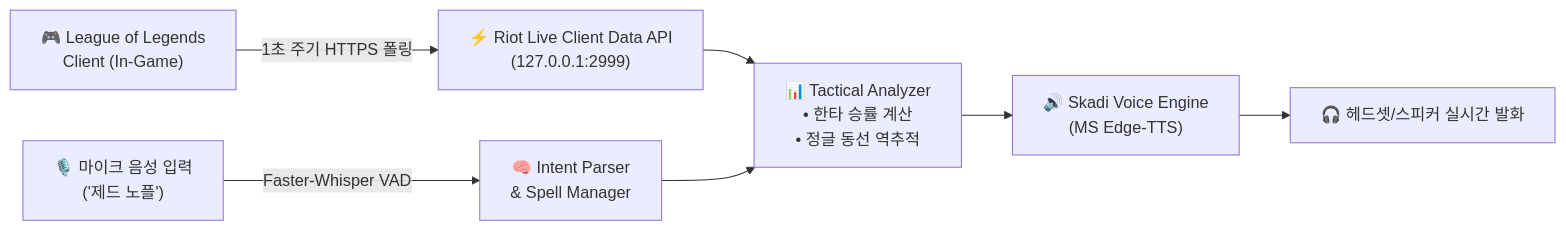
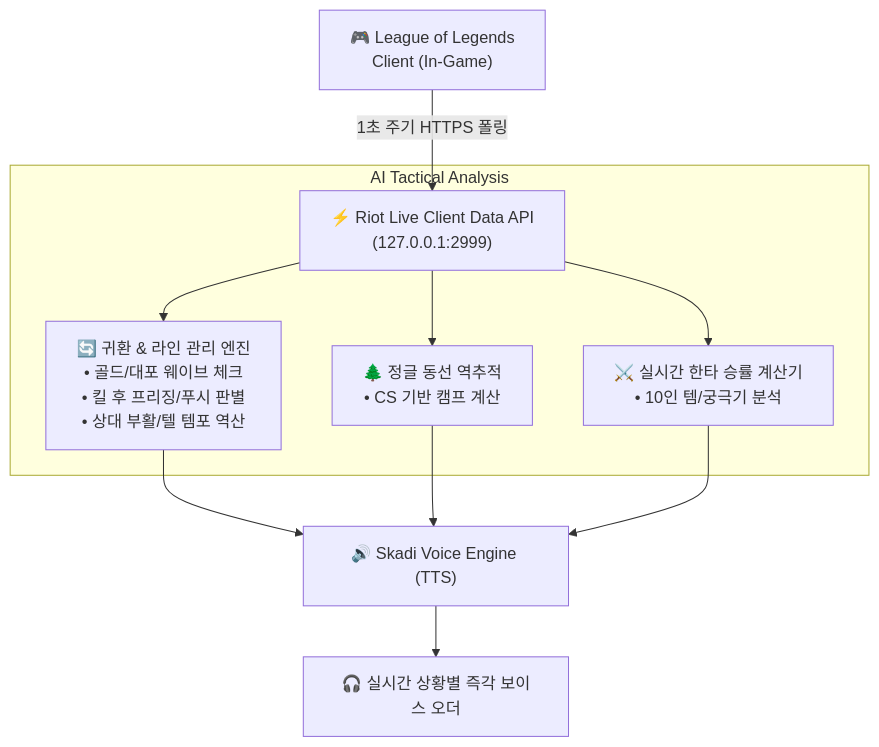
One commit to BKH-sss/portal-hub changed the diagram in docs/LOL_AI_COACH_SPEC.md. Above: the diagram before and after it, drawn with Mermaid. The commit also changed other lines of this file, not shown here.

````diff
--- a/docs/LOL_AI_COACH_SPEC.md
+++ b/docs/LOL_AI_COACH_SPEC.md
@@ -53,9 +79,15 @@
 ```mermaid
-flowchart LR
+flowchart TD
     A["🎮 League of Legends<br>Client (In-Game)"] -->|1초 주기 HTTPS 폴링| B["⚡ Riot Live Client Data API<br>(127.0.0.1:2999)"]
-    C["🎙️ 마이크 음성 입력<br>('제드 노플')"] -->|Faster-Whisper VAD| D["🧠 Intent Parser<br>& Spell Manager"]
-    B --> E["📊 Tactical Analyzer<br>• 한타 승률 계산<br>• 정글 동선 역추적"]
-    D --> E
-    E --> F["🔊 Skadi Voice Engine<br>(MS Edge-TTS)"]
-    F --> G["🎧 헤드셋/스피커 실시간 발화"]
+    
+    subgraph AI Tactical Analysis
+        B --> C["🔄 귀환 & 라인 관리 엔진<br>• 골드/대포 웨이브 체크<br>• 킬 후 프리징/푸시 판별<br>• 상대 부활/텔 템포 역산"]
+        B --> D["🌲 정글 동선 역추적<br>• CS 기반 캠프 계산"]
+        B --> E["⚔️ 실시간 한타 승률 계산기<br>• 10인 템/궁극기 분석"]
+    end
+
+    C --> F["🔊 Skadi Voice Engine (TTS)"]
+    D --> F
+    E --> F
+    F --> G["🎧 실시간 상황별 즉각 보이스 오더"]
 ```
````
